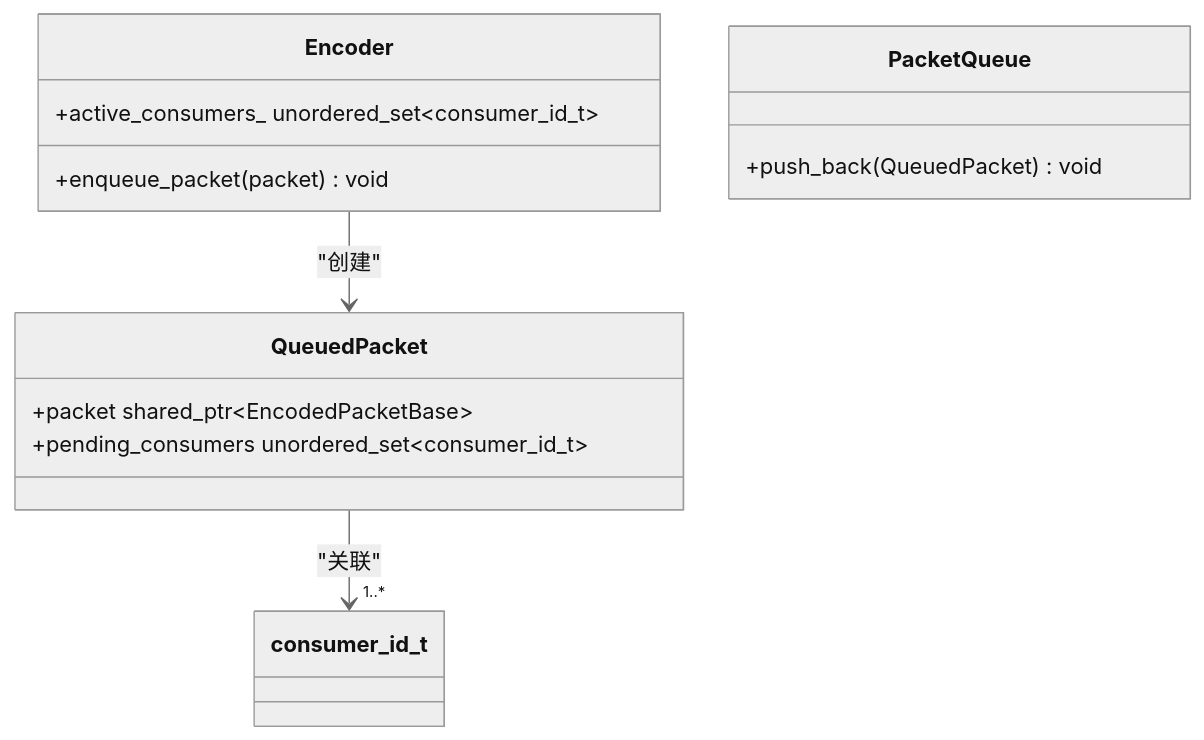
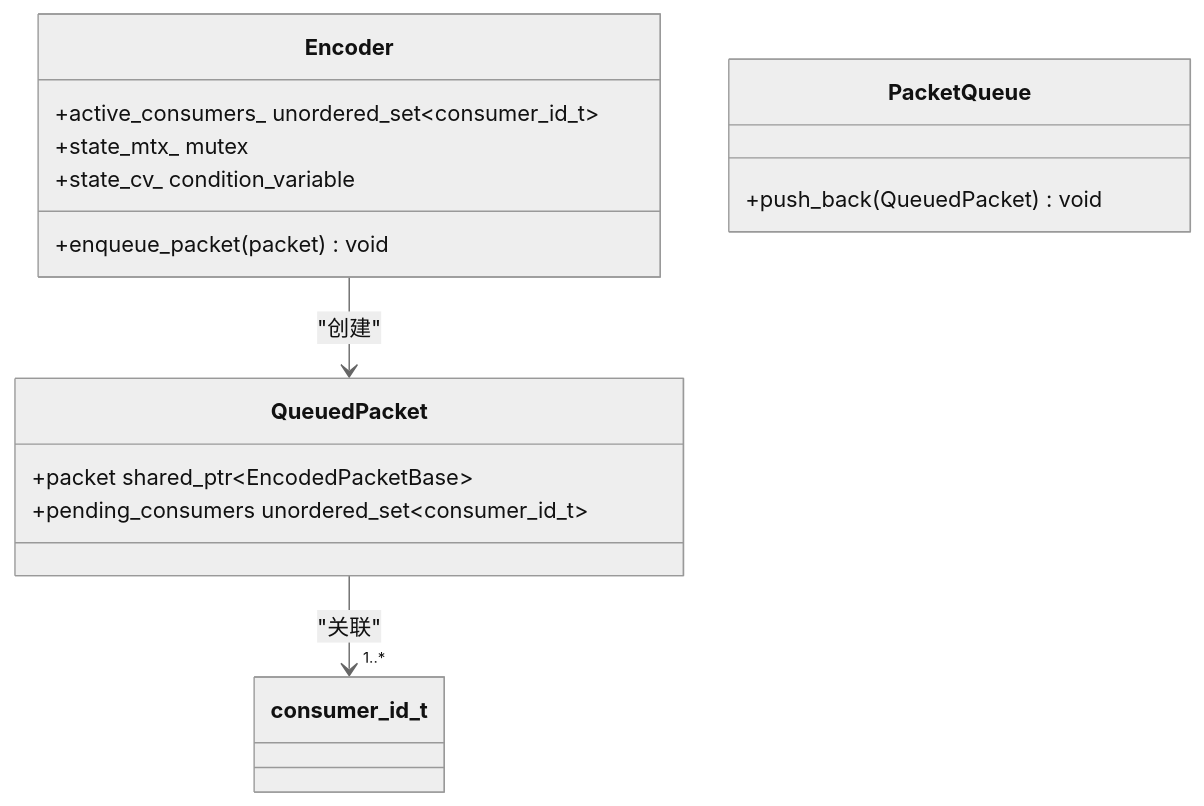
One commit to tsxuehu/pi-guard changed the eighth of 13 diagrams in .qoder/repowiki/zh/content/C++ 代理程序/处理模块/编码器技术文档.md. Above: the diagram before and after it, drawn with Mermaid (neutral theme). The commit also changed other lines of this file and 10 other files, not shown here.

````diff
--- a/.qoder/repowiki/zh/content/C++ 代理程序/处理模块/编码器技术文档.md
+++ b/.qoder/repowiki/zh/content/C++ 代理程序/处理模块/编码器技术文档.md
@@ -329,16 +334,18 @@
 ```mermaid
 classDiagram
 class QueuedPacket {
 +packet shared_ptr~EncodedPacketBase~
 +pending_consumers unordered_set~consumer_id_t~
 }
 class Encoder {
 +enqueue_packet(packet) void
 +active_consumers_ unordered_set~consumer_id_t~
++state_mtx_ mutex
++state_cv_ condition_variable
 }
 class PacketQueue {
 +push_back(QueuedPacket) void
 }
 Encoder --> QueuedPacket : "创建"
 QueuedPacket --> "1..*" consumer_id_t : "关联"
 ```
````
